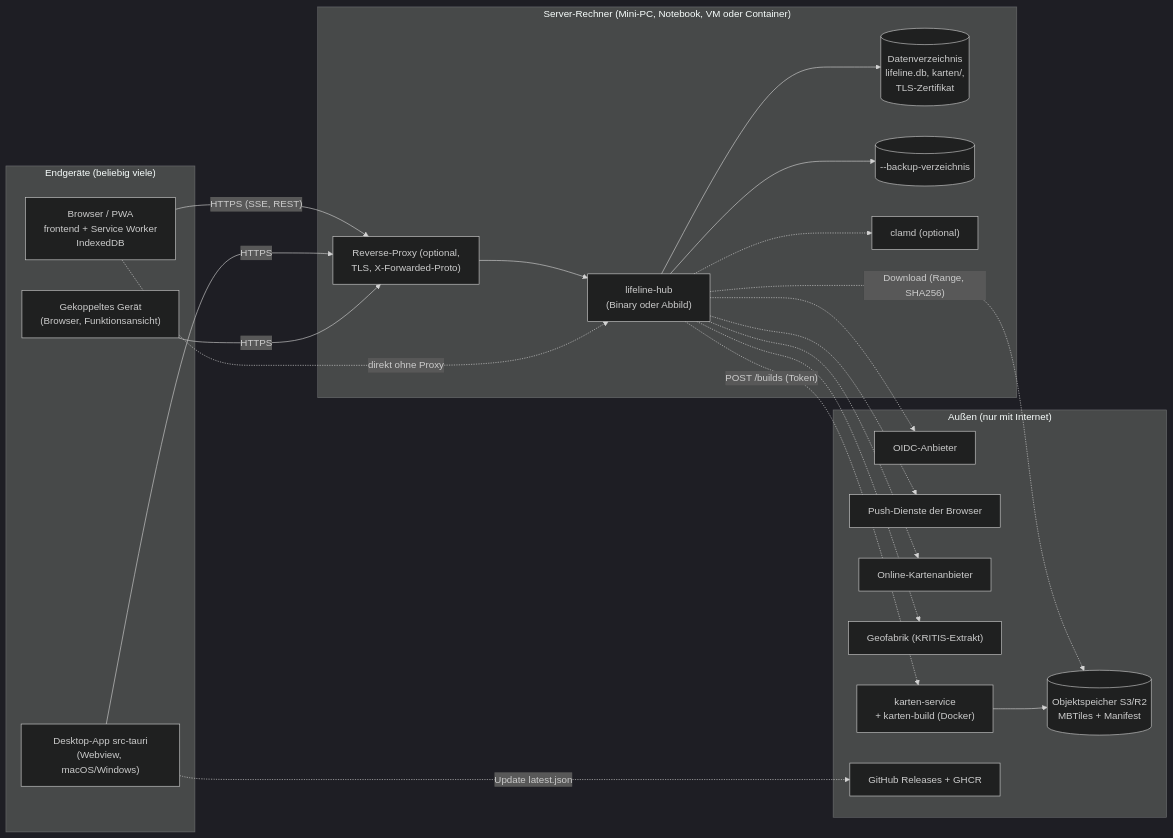
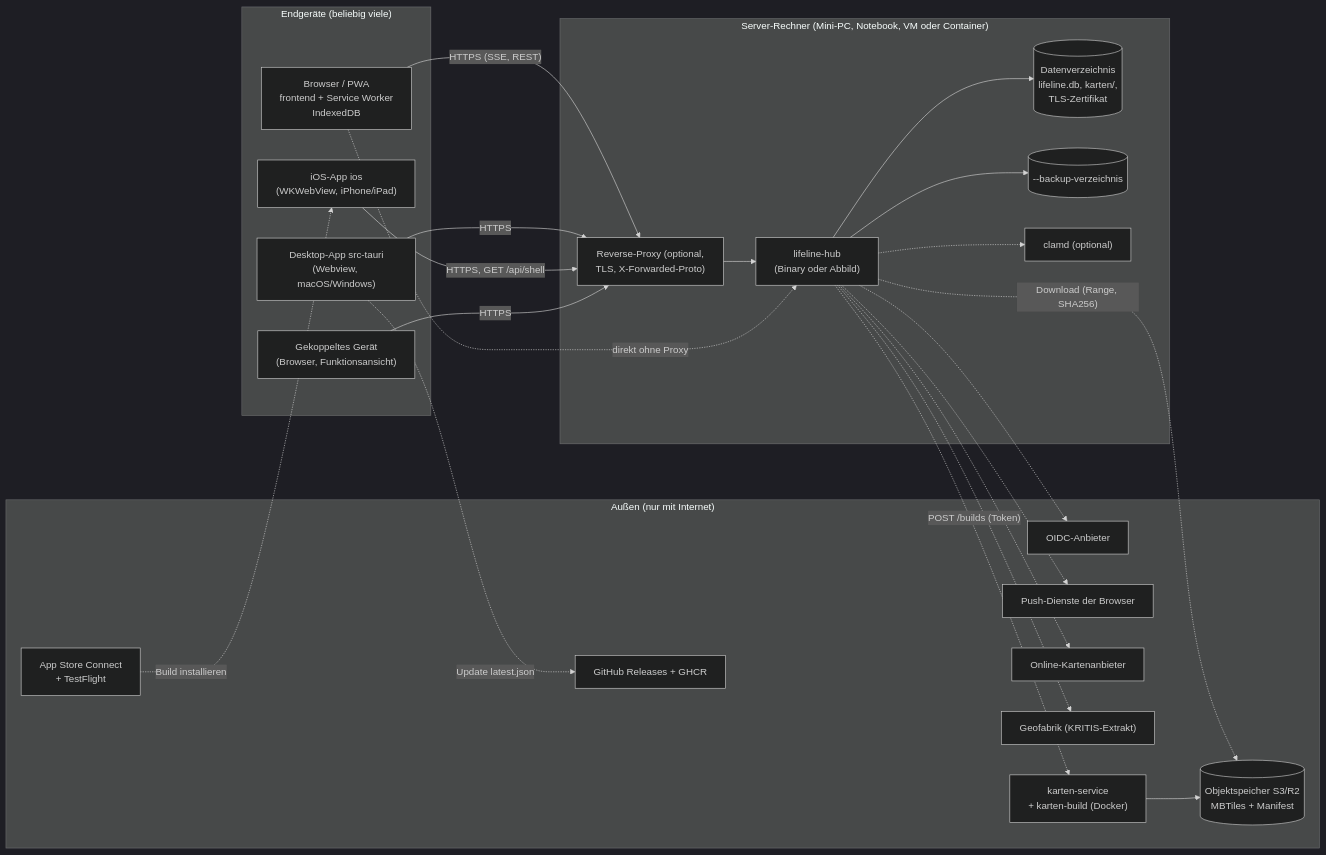
The first of 2 diagrams in docs/architektur/07-verteilungssicht.md (rubenvitt/lifeline-hub), drawn with Mermaid (dark theme) before and after one commit. The commit also changed other lines of this file and 2 other files, not shown here.

First line of the commit message:
docs(architektur): iOS-App in Verteilung, Hüllen-Vertrag und Risiken

````diff
--- a/docs/architektur/07-verteilungssicht.md
+++ b/docs/architektur/07-verteilungssicht.md
@@ -14,40 +14,44 @@
 ```mermaid
 flowchart LR
   subgraph EG["Endgeräte (beliebig viele)"]
     BR["Browser / PWA<br/>frontend + Service Worker<br/>IndexedDB"]
     DT["Desktop-App src-tauri<br/>(Webview, macOS/Windows)"]
+    IOS["iOS-App ios<br/>(WKWebView, iPhone/iPad)"]
     GK["Gekoppeltes Gerät<br/>(Browser, Funktionsansicht)"]
   end
   subgraph SR["Server-Rechner (Mini-PC, Notebook, VM oder Container)"]
     RP["Reverse-Proxy (optional,<br/>TLS, X-Forwarded-Proto)"]
     LH["lifeline-hub<br/>(Binary oder Abbild)"]
     DATA[("Datenverzeichnis<br/>lifeline.db, karten/,<br/>TLS-Zertifikat")]
     BK[("--backup-verzeichnis")]
     CL["clamd (optional)"]
   end
   subgraph EXT["Außen (nur mit Internet)"]
     IDP["OIDC-Anbieter"]
     PUSH["Push-Dienste der Browser"]
     TILE["Online-Kartenanbieter"]
     GEO["Geofabrik (KRITIS-Extrakt)"]
     OS[("Objektspeicher S3/R2<br/>MBTiles + Manifest")]
     KS["karten-service<br/>+ karten-build (Docker)"]
     GH["GitHub Releases + GHCR"]
+    TF["App Store Connect<br/>+ TestFlight"]
   end
   BR -->|"HTTPS (SSE, REST)"| RP
   DT -->|HTTPS| RP
+  IOS -->|"HTTPS, GET /api/shell"| RP
   GK -->|HTTPS| RP
   RP --> LH
   BR -.->|"direkt ohne Proxy"| LH
   LH --> DATA
   LH --> BK
   LH -.-> CL
   LH -.-> IDP
   LH -.-> PUSH
   LH -.-> TILE
   LH -.-> GEO
   LH -.->|"Download (Range, SHA256)"| OS
   LH -.->|"POST /builds (Token)"| KS
   KS --> OS
   DT -.->|"Update latest.json"| GH
+  TF -.->|"Build installieren"| IOS
 ```
````
